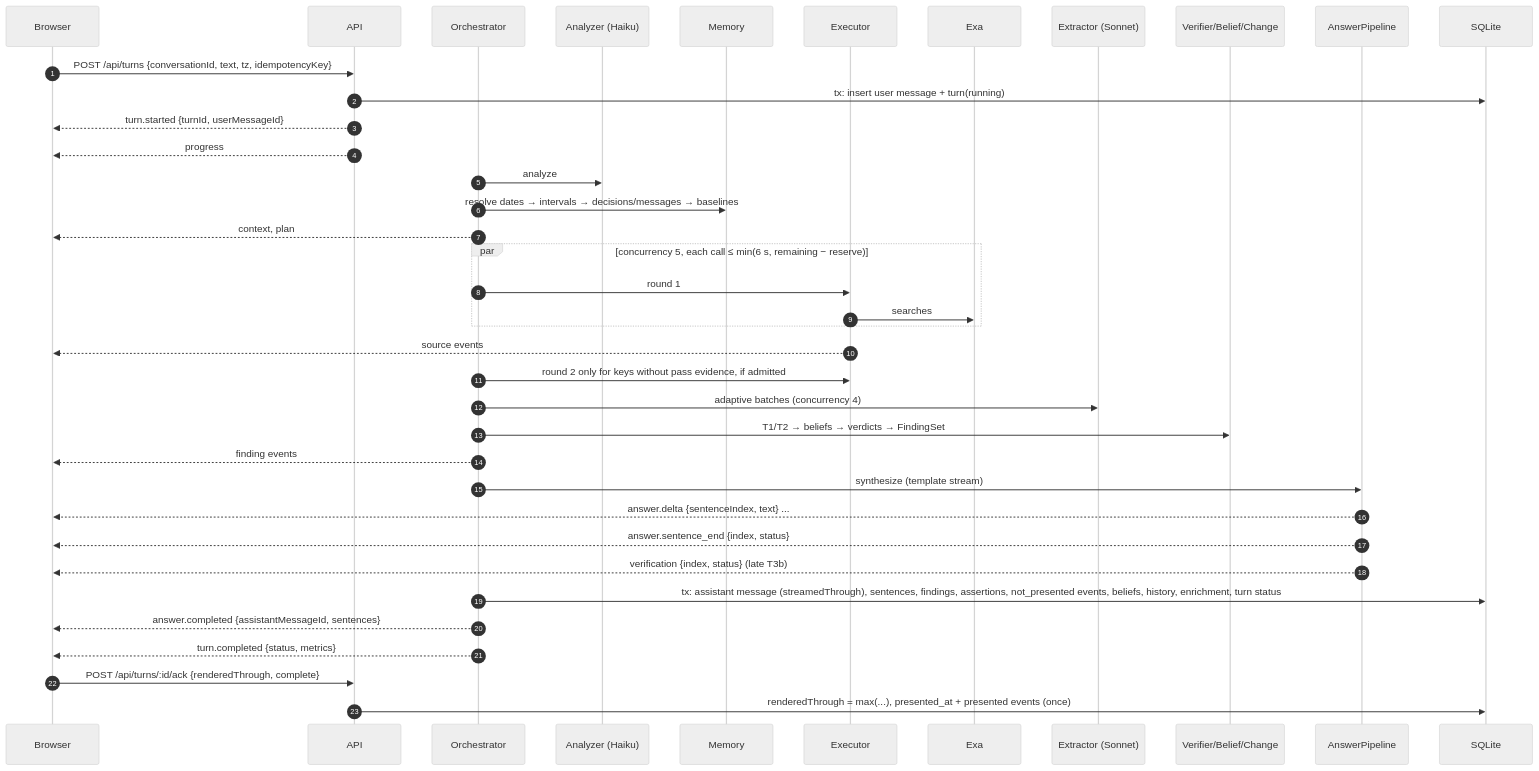
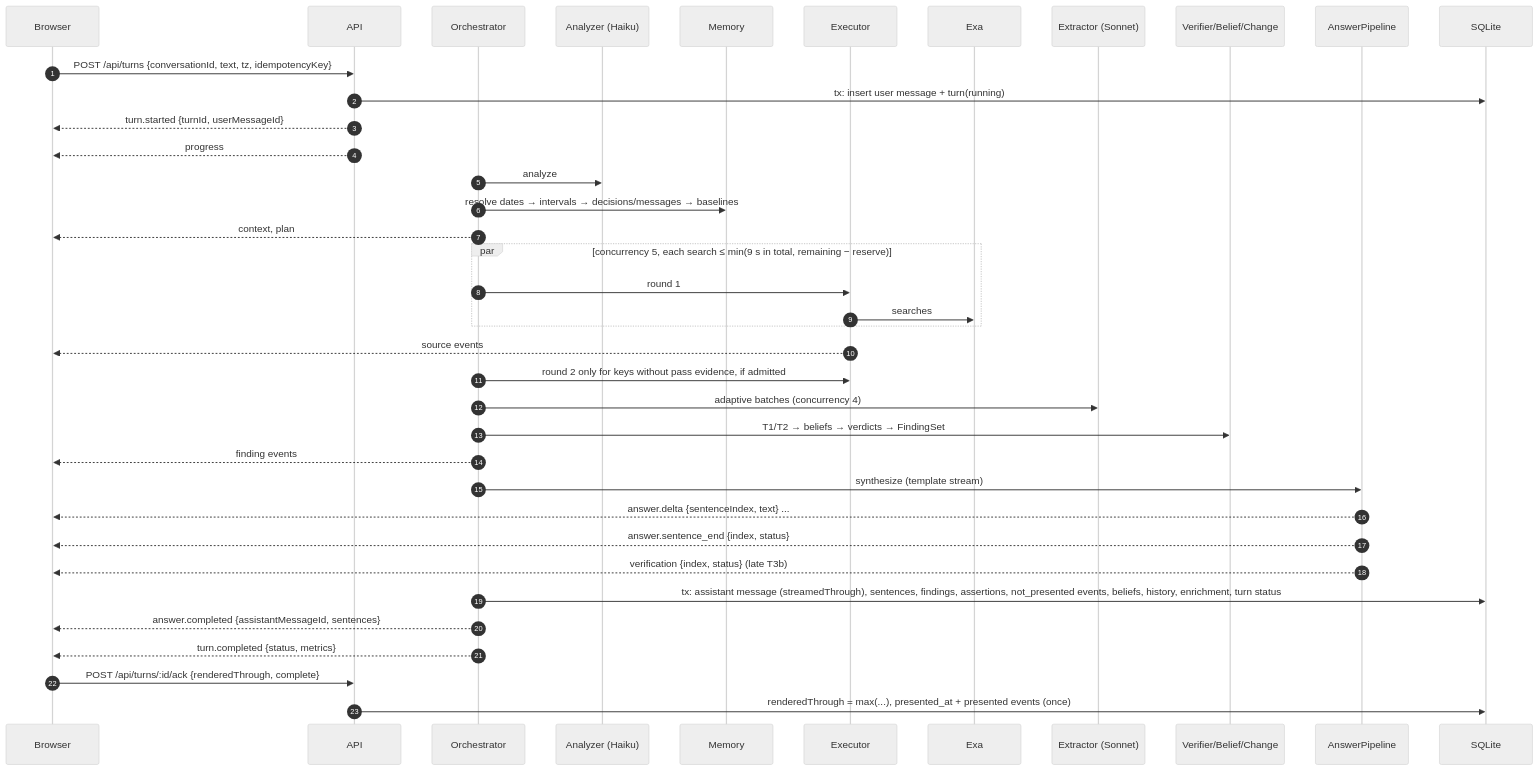
The third of 8 diagrams in docs/architecture.md (Ujjwaljain16/recalliq), drawn with Mermaid (neutral theme) before and after one commit. The commit also changed other lines of this file and 6 other files, not shown here.

````diff
--- a/docs/architecture.md
+++ b/docs/architecture.md
@@ -451,41 +453,41 @@
 ```mermaid
 sequenceDiagram
   autonumber
   participant B as Browser
   participant API as API
   participant O as Orchestrator
   participant TA as Analyzer (Haiku)
   participant M as Memory
   participant R as Executor
   participant S as Exa
   participant X as Extractor (Sonnet)
   participant BE as Verifier/Belief/Change
   participant AP as AnswerPipeline
   participant DB as SQLite
 
   B->>API: POST /api/turns {conversationId, text, tz, idempotencyKey}
   API->>DB: tx: insert user message + turn(running)
   API-->>B: turn.started {turnId, userMessageId}
   API-->>B: progress
   O->>TA: analyze
   O->>M: resolve dates → intervals → decisions/messages → baselines
   O-->>B: context, plan
-  par concurrency 5, each call ≤ min(6 s, remaining − reserve)
+  par concurrency 5, each search ≤ min(9 s in total, remaining − reserve)
     O->>R: round 1
     R->>S: searches
   end
   R-->>B: source events
   O->>R: round 2 only for keys without pass evidence, if admitted
   O->>X: adaptive batches (concurrency 4)
   O->>BE: T1/T2 → beliefs → verdicts → FindingSet
   O-->>B: finding events
   O->>AP: synthesize (template stream)
   AP-->>B: answer.delta {sentenceIndex, text} ...
   AP-->>B: answer.sentence_end {index, status}
   AP-->>B: verification {index, status} (late T3b)
   O->>DB: tx: assistant message (streamedThrough), sentences, findings, assertions, not_presented events, beliefs, history, enrichment, turn status
   O-->>B: answer.completed {assistantMessageId, sentences}
   O-->>B: turn.completed {status, metrics}
   B->>API: POST /api/turns/:id/ack {renderedThrough, complete}
   API->>DB: renderedThrough = max(...), presented_at + presented events (once)
 ```
````
